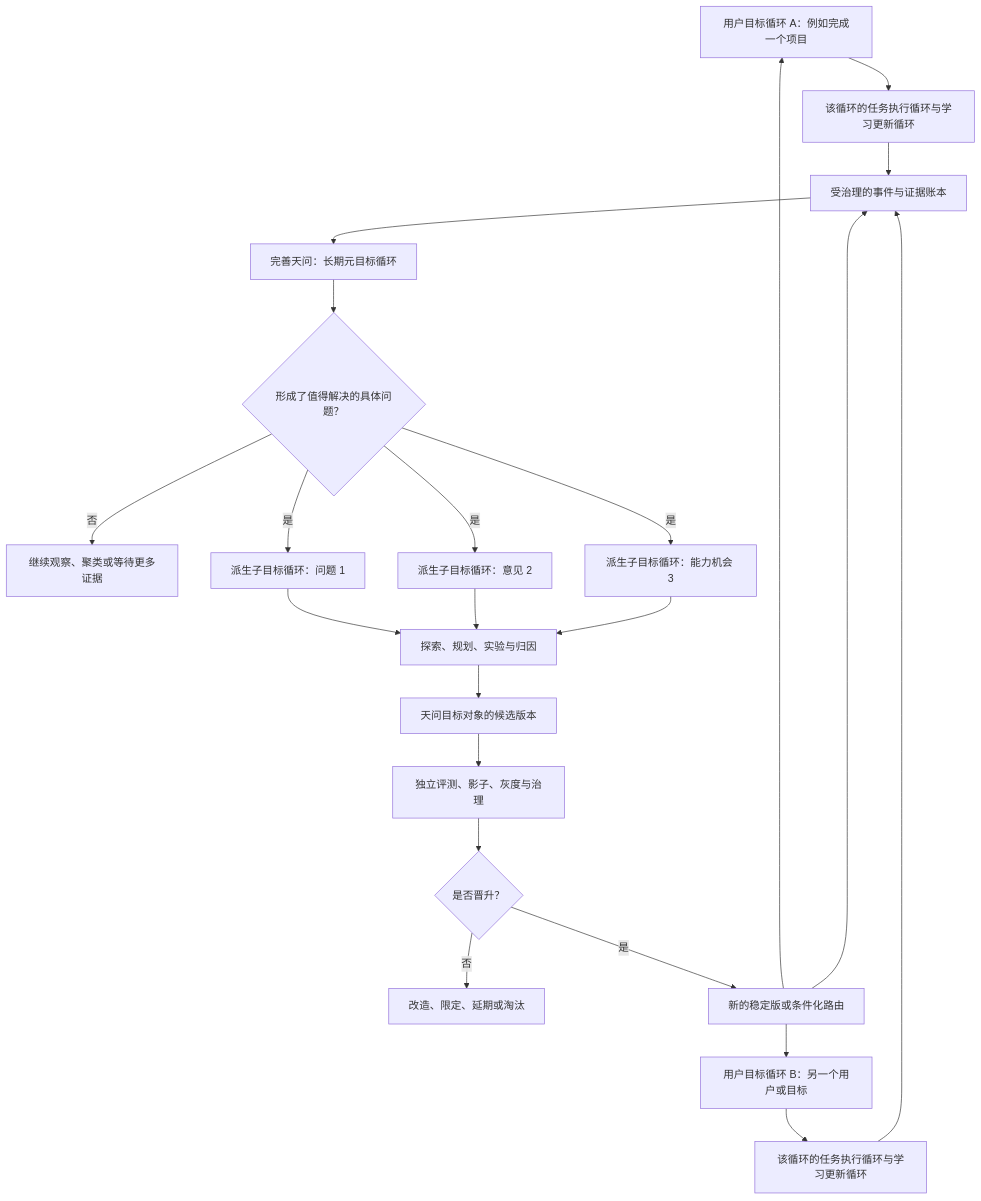
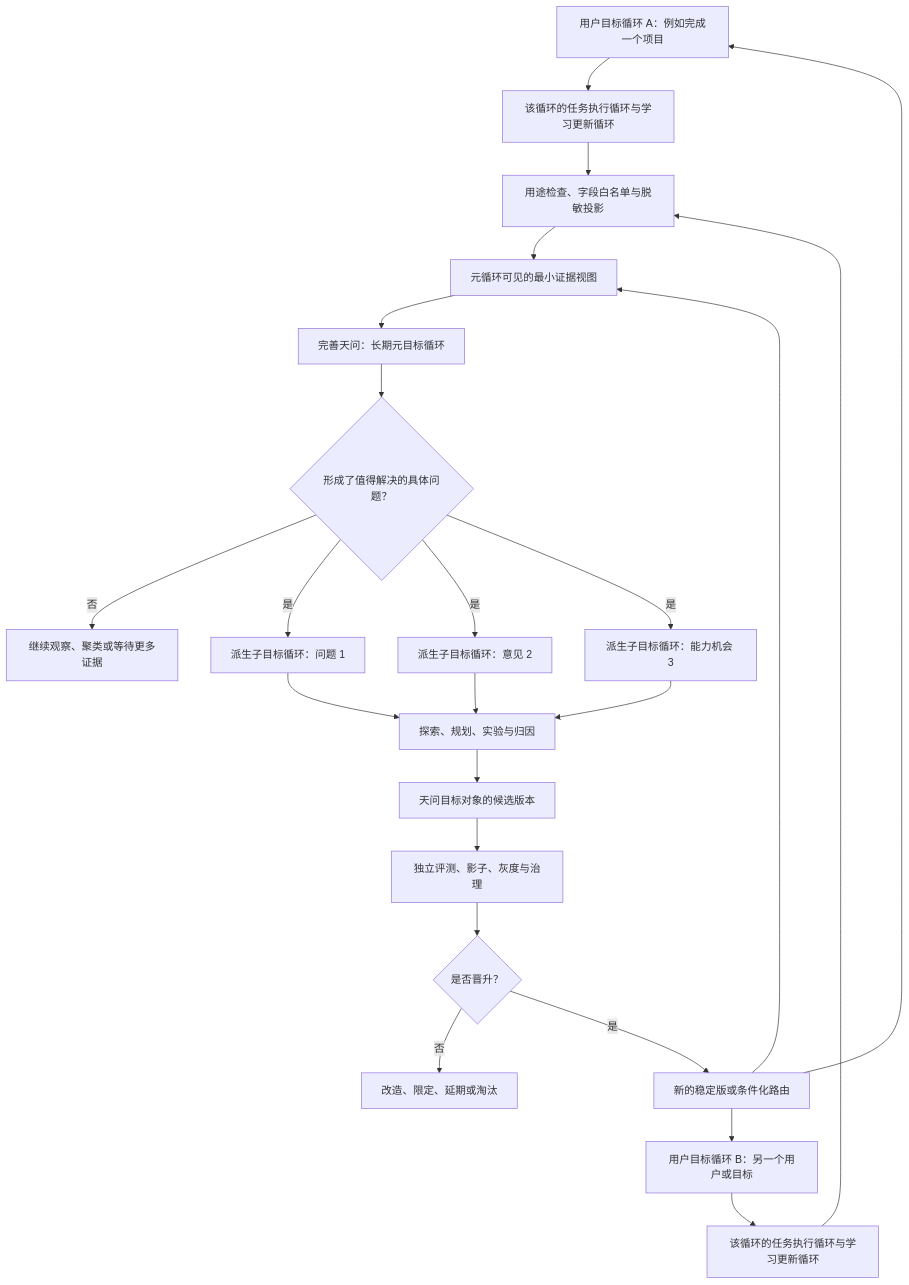
One commit to daydreamer0213/Tian-wen changed the second of 3 diagrams in docs/continuous-learning-agent-research-notes.md. Above: the diagram before and after it, drawn with Mermaid. The commit also changed other lines of this file and 3 other files, not shown here.

````diff
--- a/docs/continuous-learning-agent-research-notes.md
+++ b/docs/continuous-learning-agent-research-notes.md
@@ -2725,26 +2744,27 @@
 ```mermaid
 flowchart TB
     U["用户目标循环 A：例如完成一个项目"] --> UE["该循环的任务执行循环与学习更新循环"]
     V["用户目标循环 B：另一个用户或目标"] --> VE["该循环的任务执行循环与学习更新循环"]
-    UE --> E["受治理的事件与证据账本"]
-    VE --> E
+    UE --> P["用途检查、字段白名单与脱敏投影"]
+    VE --> P
+    P --> E["元循环可见的最小证据视图"]
 
     E --> M["完善天问：长期元目标循环"]
     M --> T{"形成了值得解决的具体问题？"}
     T -- "否" --> W["继续观察、聚类或等待更多证据"]
     T -- "是" --> C1["派生子目标循环：问题 1"]
     T -- "是" --> C2["派生子目标循环：意见 2"]
     T -- "是" --> C3["派生子目标循环：能力机会 3"]
 
     C1 --> X["探索、规划、实验与归因"]
     C2 --> X
     C3 --> X
     X --> K["天问目标对象的候选版本"]
     K --> G["独立评测、影子、灰度与治理"]
     G --> D{"是否晋升？"}
     D -- "否" --> R["改造、限定、延期或淘汰"]
     D -- "是" --> S["新的稳定版或条件化路由"]
     S --> U
     S --> V
     S --> E
 ```
````
